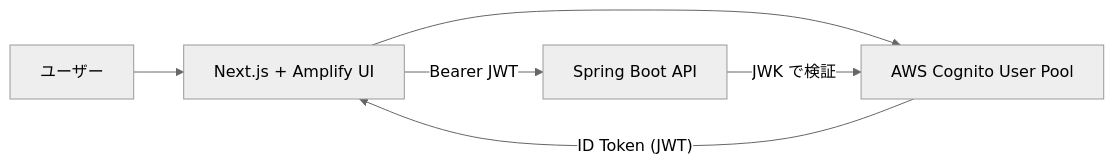
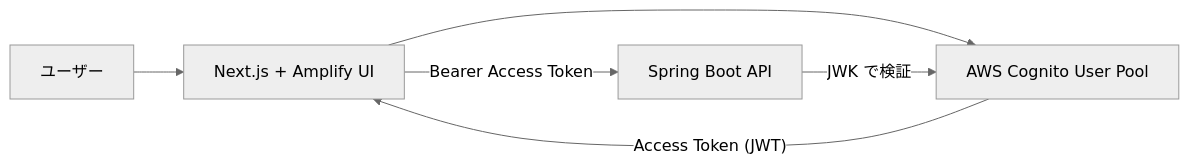
Before and after one commit to DRS22DownForce/SmartHouseholdAccountBook: the first of 2 diagrams in docs/frontend/06-auth.md, drawn with Mermaid (neutral theme). The commit also changed other lines of this file and 30 other files, not shown here.

````diff
--- a/docs/frontend/06-auth.md
+++ b/docs/frontend/06-auth.md
@@ -35,13 +35,13 @@
 ```mermaid
 flowchart LR
     User["ユーザー"]
     Next["Next.js + Amplify UI"]
     Cognito["AWS Cognito User Pool"]
     API["Spring Boot API"]
 
     User --> Next
     Next --> Cognito
-    Cognito -- "ID Token (JWT)" --> Next
-    Next -- "Bearer JWT" --> API
+    Cognito -- "Access Token (JWT)" --> Next
+    Next -- "Bearer Access Token" --> API
     API -- "JWK で検証" --> Cognito
 ```
````
